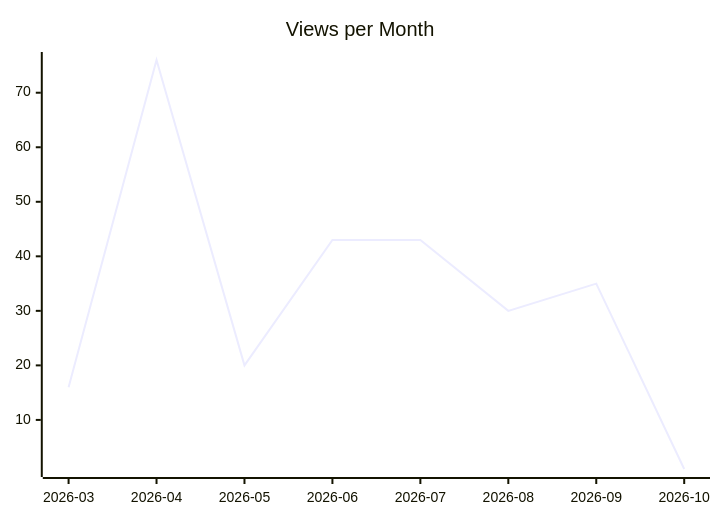
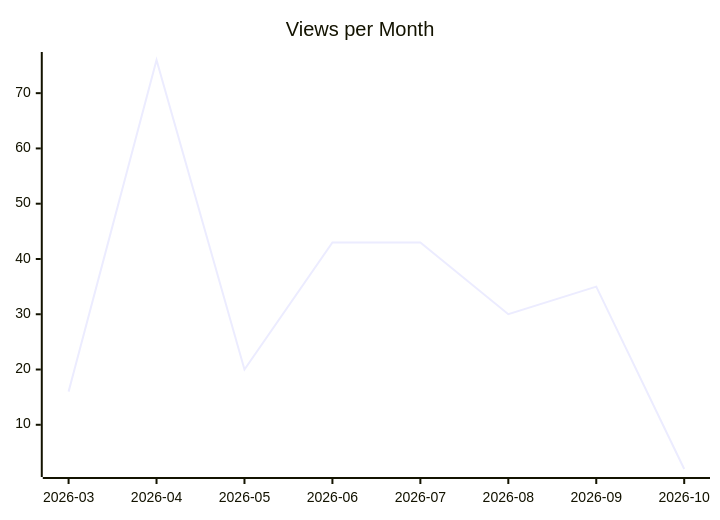
Before and after one commit to justdavis-family/github-analytics-data: the second of 3 diagrams in karlmdavis/ksoap2-android/README.md, drawn with Mermaid. The commit also changed other lines of this file and 200 other files, not shown here.

````diff
--- a/karlmdavis/ksoap2-android/README.md
+++ b/karlmdavis/ksoap2-android/README.md
@@ -12,6 +12,6 @@
 ```mermaid
 xychart-beta
   title "Views per Month"
   x-axis ["2026-03", "2026-04", "2026-05", "2026-06", "2026-07", "2026-08", "2026-09", "2026-10"]
-  line [16, 76, 20, 43, 43, 30, 35, 1]
+  line [16, 76, 20, 43, 43, 30, 35, 2]
 ```
````
